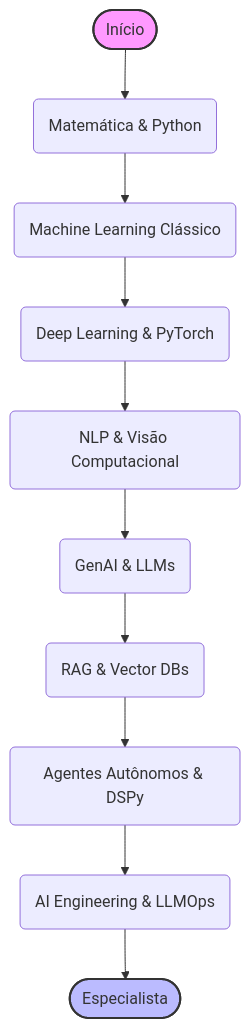
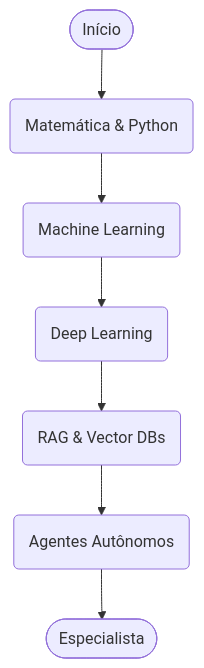
The diagram in roadmaps/ai/artificial-intelligence.md (juninmd/roadmap-developer), drawn with Mermaid before and after one commit. The commit also changed other lines of this file and 2 other files, not shown here.

First line of the commit message:
docs: update and condense roadmaps for 2026 standards (#128)

````diff
--- a/roadmaps/ai/artificial-intelligence.md
+++ b/roadmaps/ai/artificial-intelligence.md
@@ -5,15 +5,9 @@
 ```mermaid
 flowchart TD
     Start([Início]) --> Math(Matemática & Python)
-    Math --> ML(Machine Learning Clássico)
-    ML --> DL(Deep Learning & PyTorch)
-    DL --> Domains(NLP & Visão Computacional)
-    Domains --> GenAI(GenAI & LLMs)
-    GenAI --> RAG(RAG & Vector DBs)
-    RAG --> Agents(Agentes Autônomos & DSPy)
-    Agents --> Prod(AI Engineering & LLMOps)
-    Prod --> Spec([Especialista])
-
-    style Start fill:#f9f,stroke:#333,stroke-width:2px
-    style Spec fill:#bbf,stroke:#333,stroke-width:2px
+    Math --> ML(Machine Learning)
+    ML --> DL(Deep Learning)
+    DL --> RAG(RAG & Vector DBs)
+    RAG --> Agents(Agentes Autônomos)
+    Agents --> Spec([Especialista])
 ```
````
